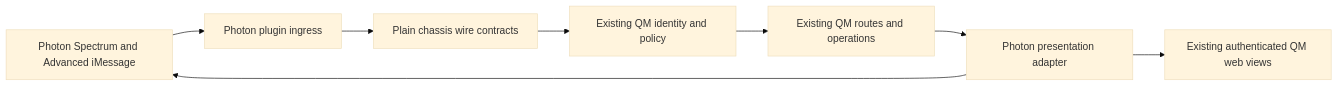
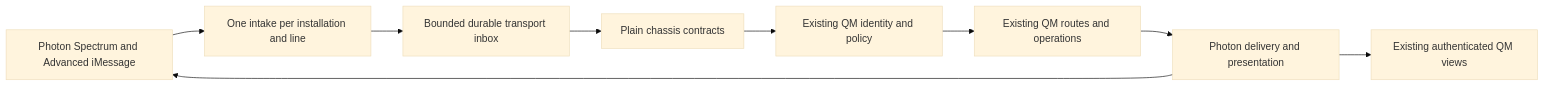
One commit to tecxbro/qm-imessage changed the diagram in docs/imessage/architecture.md. Above: the diagram before and after it, drawn with Mermaid (base theme). The commit also changed other lines of this file and 21 other files, not shown here.

Commit message:
Repair Photon iMessage foundation contracts

````diff
--- a/docs/imessage/architecture.md
+++ b/docs/imessage/architecture.md
@@ -7,10 +7,11 @@
 ```mermaid
 flowchart LR
-  P[Photon Spectrum and Advanced iMessage] --> I[Photon plugin ingress]
-  I --> C[Plain chassis wire contracts]
+  P[Photon Spectrum and Advanced iMessage] --> I[One intake per installation and line]
+  I --> D[Bounded durable transport inbox]
+  D --> C[Plain chassis contracts]
   C --> A[Existing QM identity and policy]
   A --> Q[Existing QM routes and operations]
-  Q --> R[Photon presentation adapter]
+  Q --> R[Photon delivery and presentation]
   R --> P
-  R --> W[Existing authenticated QM web views]
+  R --> W[Existing authenticated QM views]
 ```
````
